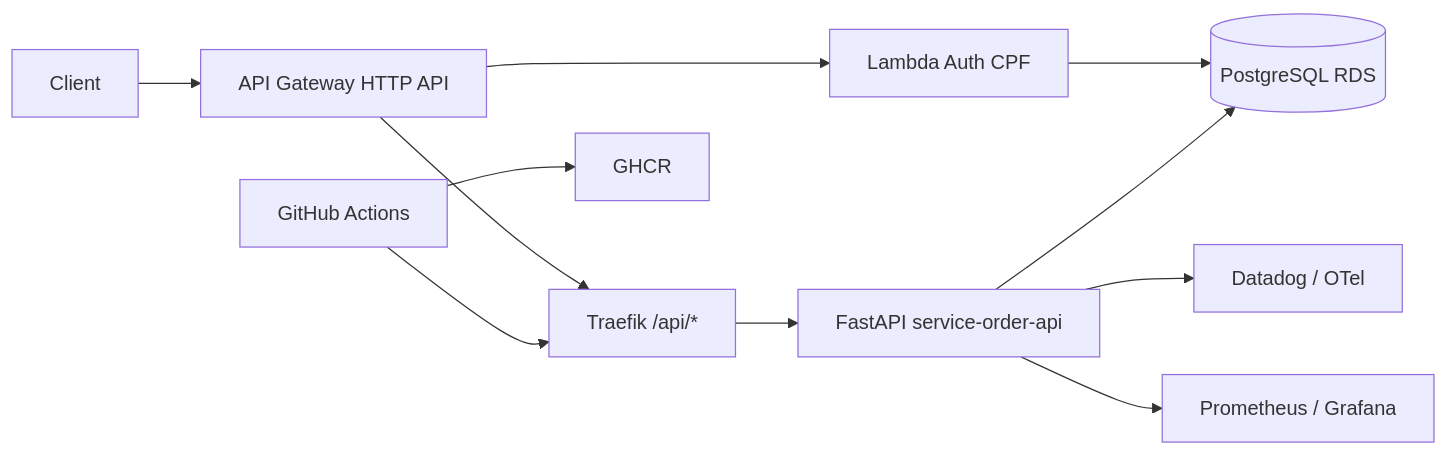
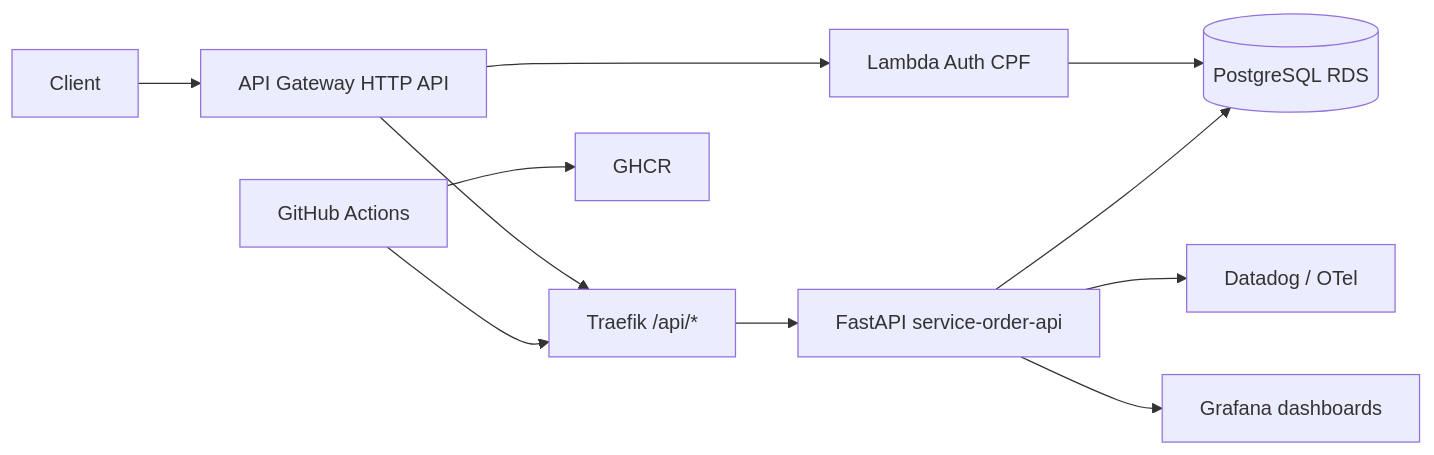
Before and after one commit to dev-ana-lopes/service-order-api: the diagram in docs/architecture/component-diagram.md, drawn with Mermaid. The commit also changed 25 other files, not shown here.

````diff
--- a/docs/architecture/component-diagram.md
+++ b/docs/architecture/component-diagram.md
@@ -3,13 +3,13 @@
 ```mermaid
 flowchart LR
   Client --> APIGW[API Gateway HTTP API]
   APIGW --> AuthLambda[Lambda Auth CPF]
   APIGW --> K3S[Traefik /api/*]
   K3S --> API[FastAPI service-order-api]
   AuthLambda --> RDS[(PostgreSQL RDS)]
   API --> RDS
   API --> DD[Datadog / OTel]
-  API --> PG[Prometheus / Grafana]
+  API --> GF[Grafana dashboards]
   GHA[GitHub Actions] --> GHCR[GHCR]
   GHA --> K3S
 ```
````
